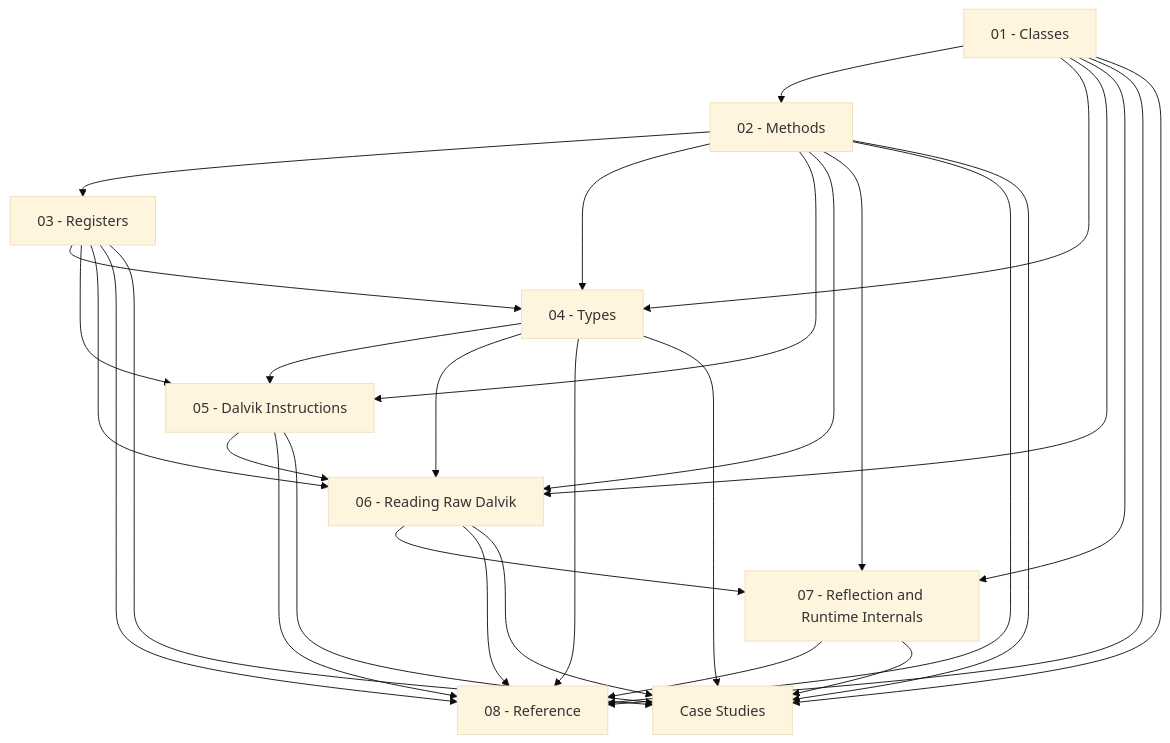
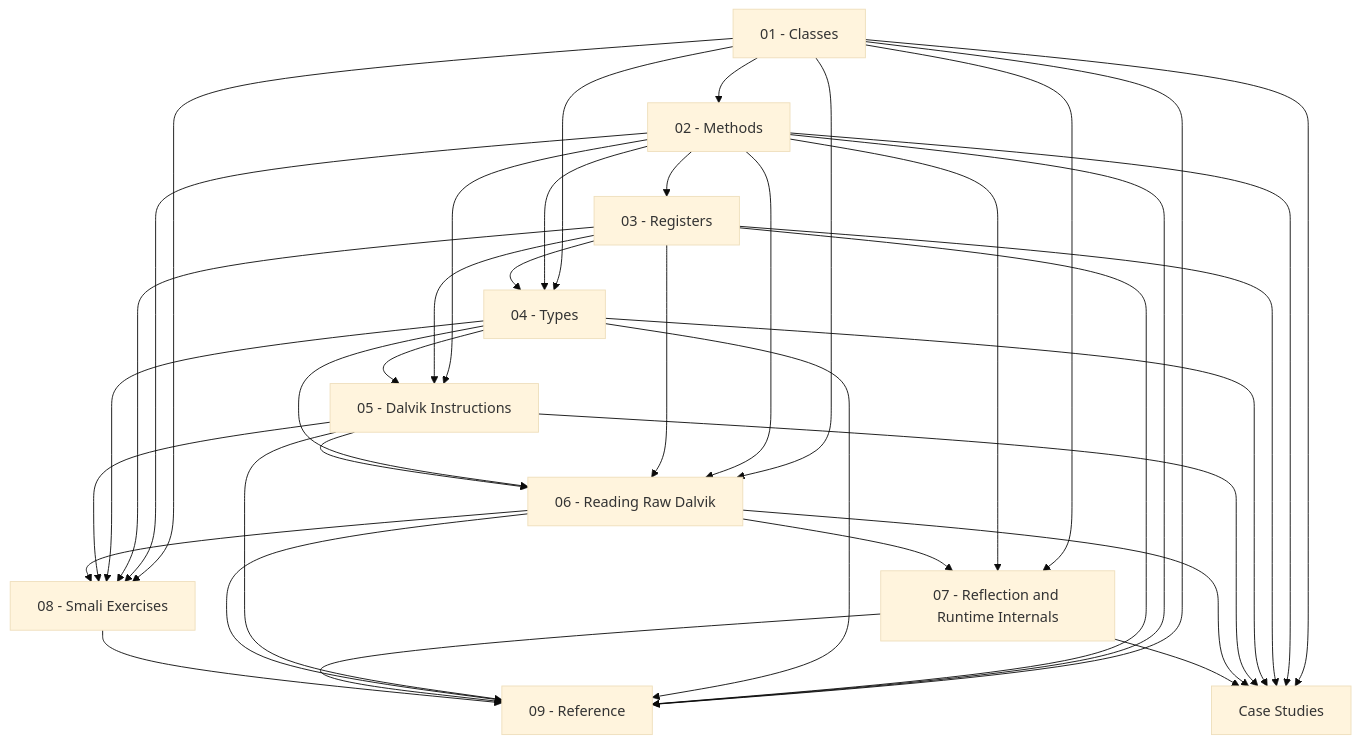
Before and after one commit to Bavuett/reverse-engineering: the second of 2 diagrams in 01-Dalvik-Bytecode/Dalvik-Bytecode.md, drawn with Mermaid (base theme). The commit also changed other lines of this file and 165 other files, not shown here.

Commit message:
Add Smali exercises, populate topic reference entries, and refine notes across all four topics

````diff
--- a/01-Dalvik-Bytecode/Dalvik-Bytecode.md
+++ b/01-Dalvik-Bytecode/Dalvik-Bytecode.md
@@ -40,15 +44,16 @@
 ```mermaid
 graph TD
     C1[01 - Classes] --> C2[02 - Methods]
     C2 --> C3[03 - Registers]
     C1 --> C4[04 - Types]
     C2 --> C4
     C3 --> C4
     C2 --> C5[05 - Dalvik Instructions]
     C3 --> C5
     C4 --> C5
     C1 & C2 & C3 & C4 & C5 --> C6[06 - Reading Raw Dalvik]
     C1 & C2 & C6 --> C7[07 - Reflection and Runtime Internals]
-    C1 & C2 & C3 & C4 & C5 & C6 & C7 --> R[08 - Reference]
+    C1 & C2 & C3 & C4 & C5 & C6 --> C8[08 - Smali Exercises]
+    C1 & C2 & C3 & C4 & C5 & C6 & C7 & C8 --> R[09 - Reference]
     C1 & C2 & C3 & C4 & C5 & C6 & C7 --> CS[Case Studies]
 ```
````
